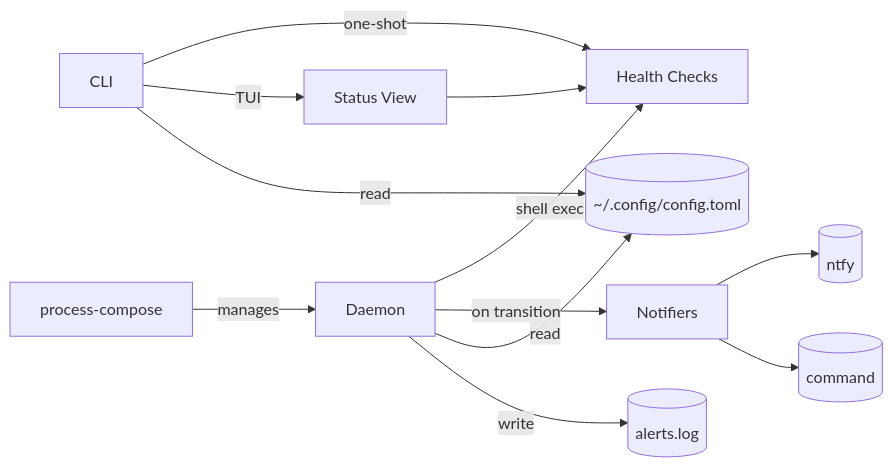
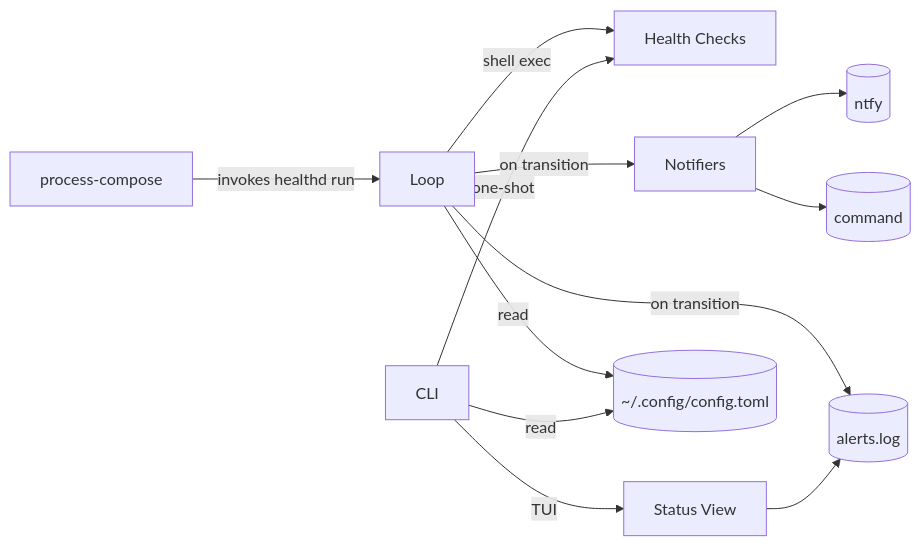
One commit to uinaf/healthd changed the first of 2 diagrams in docs/ARCHITECTURE.md. Above: the diagram before and after it, drawn with Mermaid. The commit also changed other lines of this file and 20 other files, not shown here.

First line of the commit message:
chore: agent-readiness pass + alerts.log writer + daemon→run rename (#31)

````diff
--- a/docs/ARCHITECTURE.md
+++ b/docs/ARCHITECTURE.md
@@ -7,13 +7,13 @@
 ```mermaid
 graph LR
-  PC[process-compose] -->|manages| Daemon
-  Daemon -->|shell exec| Checks[Health Checks]
-  Daemon -->|on transition| Notify[Notifiers]
+  PC[process-compose] -->|invokes healthd run| Loop
+  Loop -->|shell exec| Checks[Health Checks]
+  Loop -->|on transition| Notify[Notifiers]
+  Loop -->|on transition| Alerts[(alerts.log)]
   Notify --> Ntfy[(ntfy)]
   Notify --> Cmd[(command)]
   CLI[CLI] -->|one-shot| Checks
   CLI -->|TUI| Status[Status View]
-  Status --> Checks
-  Daemon & CLI -->|read| Config[(~/.config/config.toml)]
-  Daemon -->|write| Alerts[(alerts.log)]
+  Status --> Alerts
+  Loop & CLI -->|read| Config[(~/.config/config.toml)]
 ```
````
